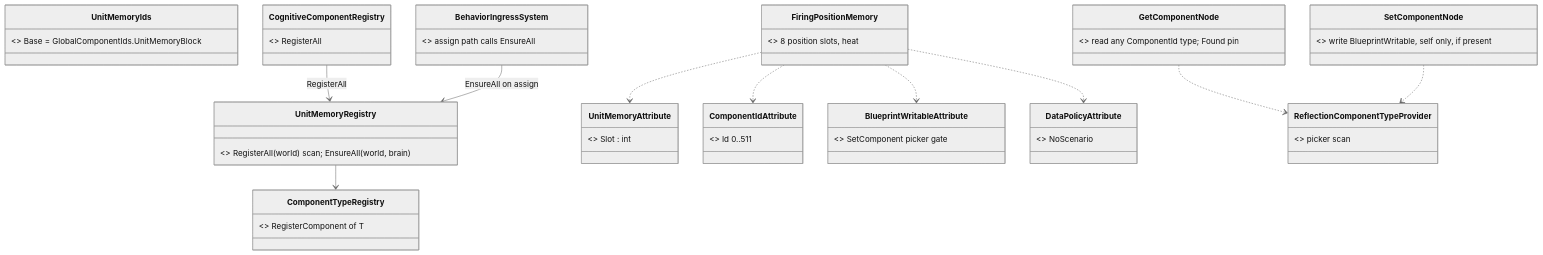
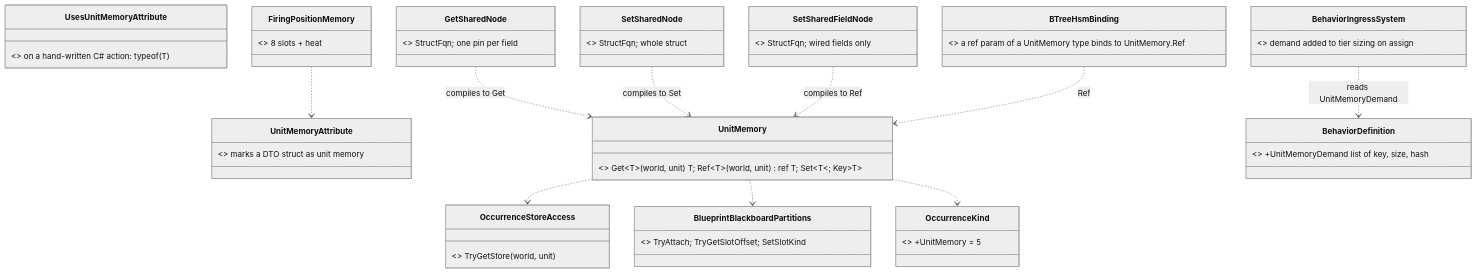
One commit to pjanec/HROT changed the first of 3 diagrams in docs/blueprints/Architect_Question_87_Unit_Memory.md. Above: the diagram before and after it, drawn with Mermaid (neutral theme). The commit also changed other lines of this file and 9 other files, not shown here.

First line of the commit message:
CE-3137 design: Q87 rewritten — unit-scoped shared blackboard structs in the blackboard store (no ECS component per type)

````diff
--- a/docs/blueprints/Architect_Question_87_Unit_Memory.md
+++ b/docs/blueprints/Architect_Question_87_Unit_Memory.md
@@ -65,25 +70,25 @@
 ```mermaid
 classDiagram
-  class UnitMemoryAttribute { <<new, Fdp.Core>> Slot : int }
-  class UnitMemoryIds { <<new, behaviours assembly>> Base = GlobalComponentIds.UnitMemoryBlock }
-  class UnitMemoryRegistry { <<new>> RegisterAll(world) scan; EnsureAll(world, brain) }
-  class ComponentIdAttribute { <<existing>> Id 0..511 }
-  class BlueprintWritableAttribute { <<existing>> SetComponent picker gate }
-  class DataPolicyAttribute { <<existing>> NoScenario }
-  class ComponentTypeRegistry { <<existing>> RegisterComponent of T }
-  class CognitiveComponentRegistry { <<existing>> RegisterAll }
-  class BehaviorIngressSystem { <<existing, grows>> assign path calls EnsureAll }
-  class GetComponentNode { <<existing>> read any ComponentId type; Found pin }
-  class SetComponentNode { <<existing>> write BlueprintWritable, self only, if present }
-  class ReflectionComponentTypeProvider { <<existing>> picker scan }
-  class FiringPositionMemory { <<first unit memory>> 8 position slots, heat }
+  class UnitMemoryAttribute { <<new, Fbt.Kernel>> marks a DTO struct as unit memory }
+  class UsesUnitMemoryAttribute { <<new, Fbt.Kernel>> on a hand-written C# action: typeof(T) }
+  class UnitMemory { <<new, static>> Get~T~(world, unit) T; Ref~T~(world, unit) ref T; Set~T~; Key~T~ }
+  class OccurrenceKind { <<existing, grows>> +UnitMemory = 5 }
+  class BlueprintBlackboardPartitions { <<existing>> TryAttach; TryGetSlotOffset; SetSlotKind }
+  class OccurrenceStoreAccess { <<existing>> TryGetStore(world, unit) }
+  class BehaviorDefinition { <<existing, grows>> +UnitMemoryDemand list of key, size, hash }
+  class BehaviorIngressSystem { <<existing, grows>> demand added to tier sizing on assign }
+  class GetSharedNode { <<new blueprint node>> StructFqn; one pin per field }
+  class SetSharedNode { <<new blueprint node>> StructFqn; whole struct }
+  class SetSharedFieldNode { <<new blueprint node>> StructFqn; wired fields only }
+  class BTreeHsmBinding { <<existing emitters, grow>> a ref param of a UnitMemory type binds to UnitMemory.Ref }
+  class FiringPositionMemory { <<first unit memory>> 8 slots + heat }
+  UnitMemory ..> OccurrenceStoreAccess
+  UnitMemory ..> BlueprintBlackboardPartitions
+  UnitMemory ..> OccurrenceKind
+  GetSharedNode ..> UnitMemory : compiles to Get
+  SetSharedNode ..> UnitMemory : compiles to Set
+  SetSharedFieldNode ..> UnitMemory : compiles to Ref
+  BTreeHsmBinding ..> UnitMemory : Ref
+  BehaviorIngressSystem ..> BehaviorDefinition : reads UnitMemoryDemand
   FiringPositionMemory ..> UnitMemoryAttribute
-  FiringPositionMemory ..> ComponentIdAttribute
-  FiringPositionMemory ..> BlueprintWritableAttribute
-  FiringPositionMemory ..> DataPolicyAttribute
-  CognitiveComponentRegistry --> UnitMemoryRegistry : RegisterAll
-  UnitMemoryRegistry --> ComponentTypeRegistry
-  BehaviorIngressSystem --> UnitMemoryRegistry : EnsureAll on assign
-  GetComponentNode ..> ReflectionComponentTypeProvider
-  SetComponentNode ..> ReflectionComponentTypeProvider
 ```
````
